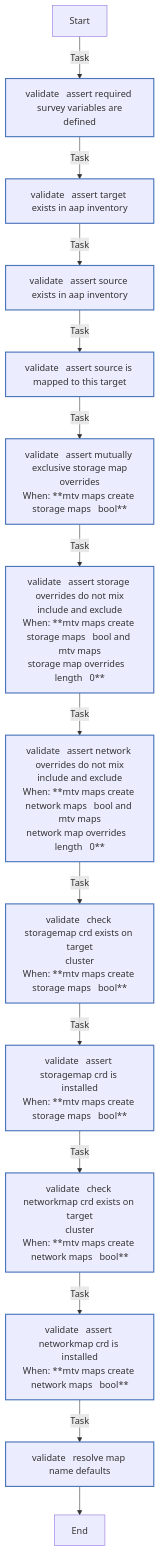
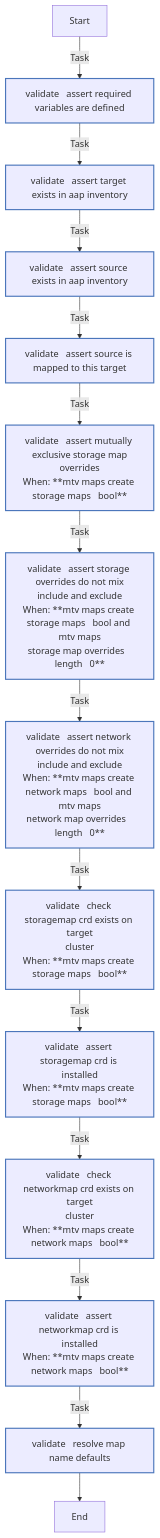
One commit to redhat-cop/openshift_virtualization_migration changed the eighth of 8 diagrams in roles/mtv_maps/README.md. Above: the diagram before and after it, drawn with Mermaid. The commit also changed other lines of this file and 3 other files, not shown here.

````diff
--- a/roles/mtv_maps/README.md
+++ b/roles/mtv_maps/README.md
@@ -508,26 +508,26 @@
 ```mermaid
 flowchart TD
 Start
 classDef block stroke:#3498db,stroke-width:2px;
 classDef task stroke:#4b76bb,stroke-width:2px;
 classDef includeTasks stroke:#16a085,stroke-width:2px;
 classDef importTasks stroke:#34495e,stroke-width:2px;
 classDef includeRole stroke:#2980b9,stroke-width:2px;
 classDef importRole stroke:#699ba7,stroke-width:2px;
 classDef includeVars stroke:#8e44ad,stroke-width:2px;
 classDef rescue stroke:#665352,stroke-width:2px;
 
-  Start-->|Task| validate___Assert_required_survey_variables_are_defined0[validate   assert required survey variables are<br>defined]:::task
-  validate___Assert_required_survey_variables_are_defined0-->|Task| validate___Assert_target_exists_in_AAP_inventory1[validate   assert target exists in aap inventory]:::task
+  Start-->|Task| validate___Assert_required_variables_are_defined0[validate   assert required variables are defined]:::task
+  validate___Assert_required_variables_are_defined0-->|Task| validate___Assert_target_exists_in_AAP_inventory1[validate   assert target exists in aap inventory]:::task
   validate___Assert_target_exists_in_AAP_inventory1-->|Task| validate___Assert_source_exists_in_AAP_inventory2[validate   assert source exists in aap inventory]:::task
   validate___Assert_source_exists_in_AAP_inventory2-->|Task| validate___Assert_source_is_mapped_to_this_target3[validate   assert source is mapped to this target]:::task
   validate___Assert_source_is_mapped_to_this_target3-->|Task| validate___Assert_mutually_exclusive_storage_map_overrides4[validate   assert mutually exclusive storage map<br>overrides<br>When: **mtv maps create storage maps   bool**]:::task
   validate___Assert_mutually_exclusive_storage_map_overrides4-->|Task| validate___Assert_storage_overrides_do_not_mix_include_and_exclude5[validate   assert storage overrides do not mix<br>include and exclude<br>When: **mtv maps create storage maps   bool and mtv maps<br>storage map overrides   length   0**]:::task
   validate___Assert_storage_overrides_do_not_mix_include_and_exclude5-->|Task| validate___Assert_network_overrides_do_not_mix_include_and_exclude6[validate   assert network overrides do not mix<br>include and exclude<br>When: **mtv maps create network maps   bool and mtv maps<br>network map overrides   length   0**]:::task
   validate___Assert_network_overrides_do_not_mix_include_and_exclude6-->|Task| validate___Check_StorageMap_CRD_exists_on_target_cluster7[validate   check storagemap crd exists on target<br>cluster<br>When: **mtv maps create storage maps   bool**]:::task
   validate___Check_StorageMap_CRD_exists_on_target_cluster7-->|Task| validate___Assert_StorageMap_CRD_is_installed8[validate   assert storagemap crd is installed<br>When: **mtv maps create storage maps   bool**]:::task
   validate___Assert_StorageMap_CRD_is_installed8-->|Task| validate___Check_NetworkMap_CRD_exists_on_target_cluster9[validate   check networkmap crd exists on target<br>cluster<br>When: **mtv maps create network maps   bool**]:::task
   validate___Check_NetworkMap_CRD_exists_on_target_cluster9-->|Task| validate___Assert_NetworkMap_CRD_is_installed10[validate   assert networkmap crd is installed<br>When: **mtv maps create network maps   bool**]:::task
   validate___Assert_NetworkMap_CRD_is_installed10-->|Task| validate___Resolve_map_name_defaults11[validate   resolve map name defaults]:::task
   validate___Resolve_map_name_defaults11-->End
 ```
````
